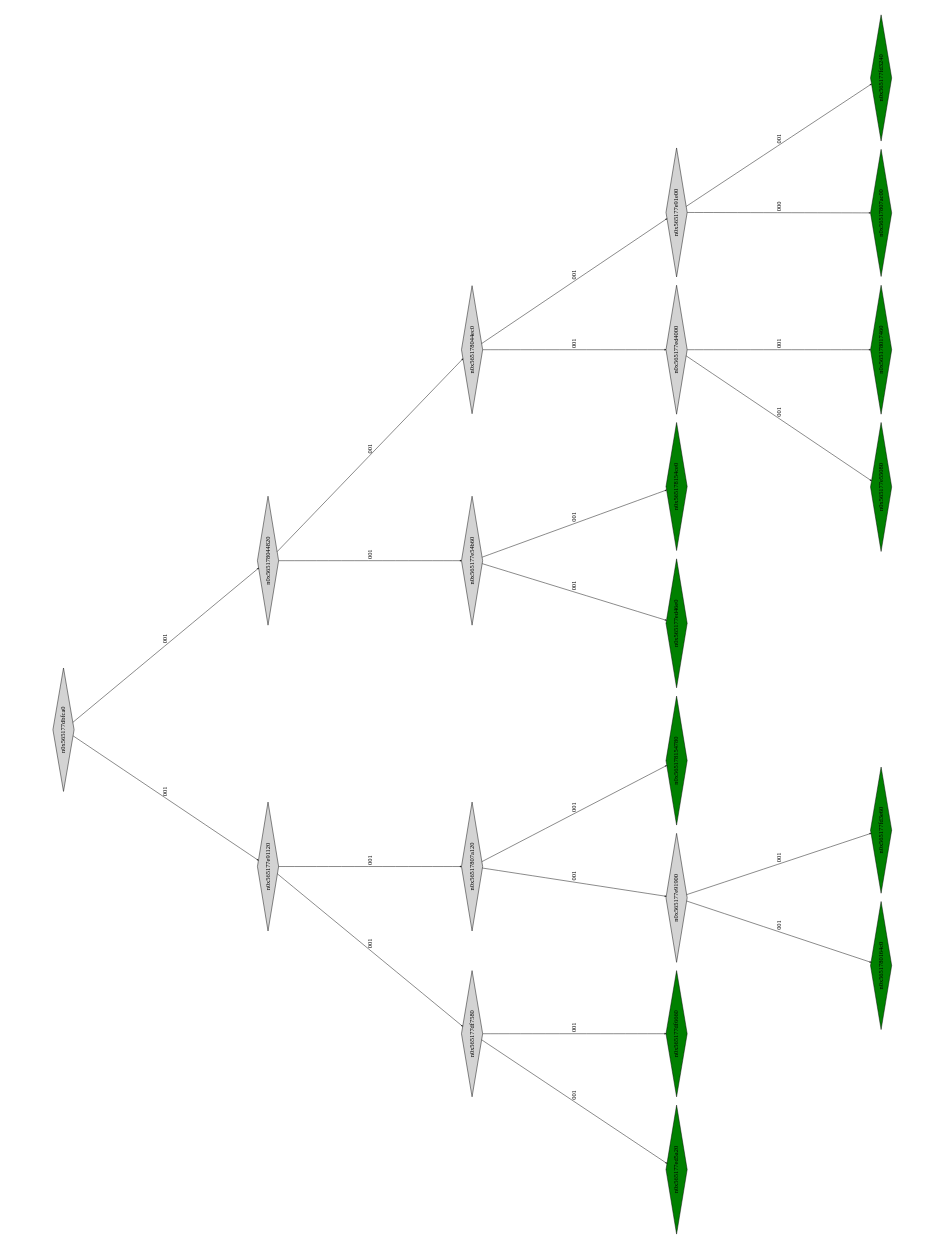
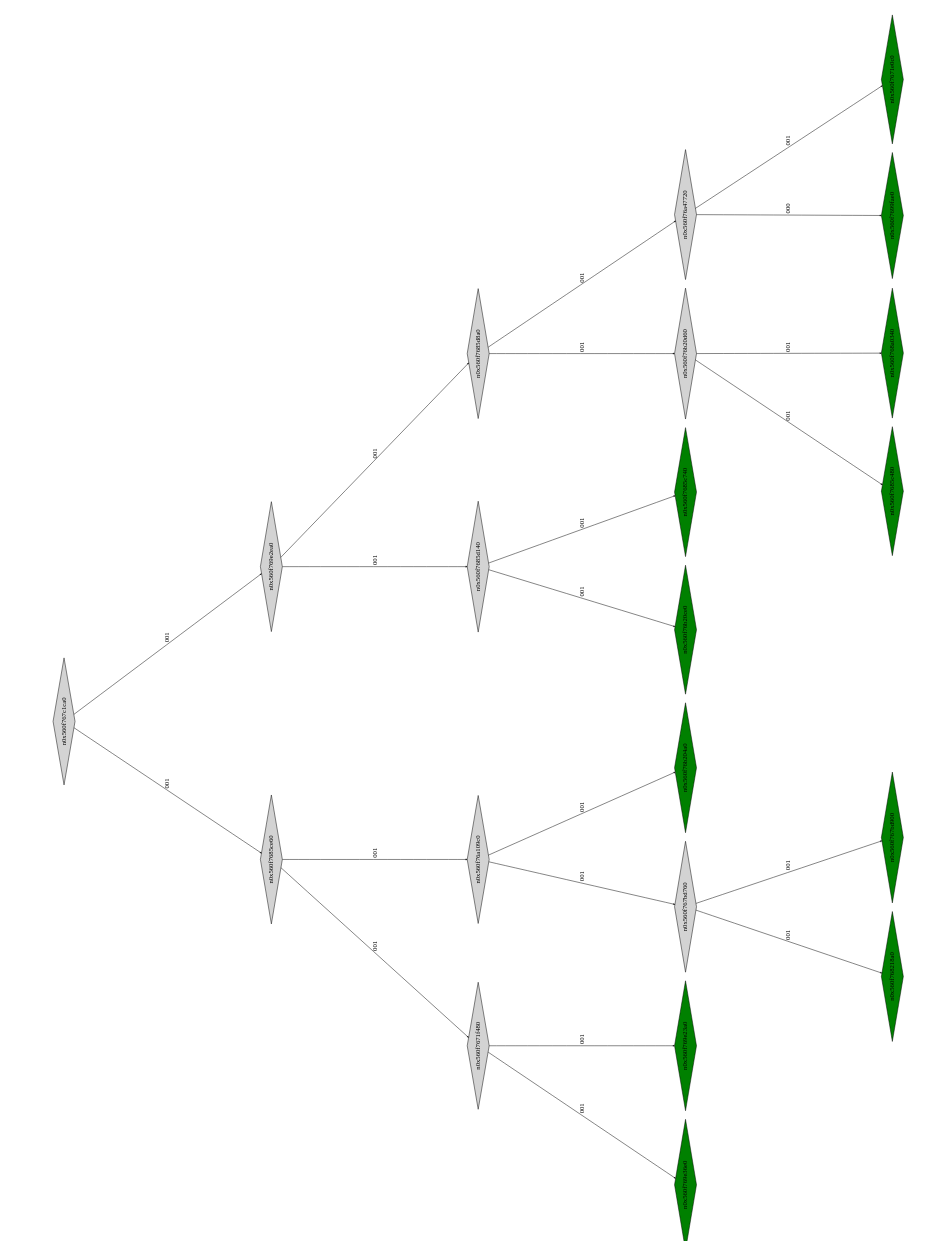
Before and after one commit to Research-Tools-PAVT/PSE-Program-Examples: the diagram in montyhall_klee_out/ptree_00001113.dot, drawn with Graphviz. The commit also changed 36 other files, not shown here.

```diff
--- a/montyhall_klee_out/ptree_00001113.dot
+++ b/montyhall_klee_out/ptree_00001113.dot
@@ -1,49 +1,49 @@
 digraph G {
 	size="10,7.5";
 	ratio=fill;
 	rotate=90;
 	center = "true";
 	node [style="filled",width=.1,height=.1,fontname="Terminus"]
 	edge [arrowsize=.3]
-	n0x565177dbfca0 [shape=diamond];
-	n0x565177dbfca0 -> n0x565177e91120 [label=001];
-	n0x565177dbfca0 -> n0x565178044820 [label=001];
-	n0x565178044820 [shape=diamond];
-	n0x565178044820 -> n0x565177e54b60 [label=001];
-	n0x565178044820 -> n0x565178044ec0 [label=001];
-	n0x565178044ec0 [shape=diamond];
-	n0x565178044ec0 -> n0x565177ed4000 [label=001];
-	n0x565178044ec0 -> n0x565177e91e00 [label=001];
-	n0x565177e91e00 [shape=diamond];
-	n0x565177e91e00 -> n0x56517807ac00 [label=000];
-	n0x565177e91e00 -> n0x565177fd3240 [label=001];
-	n0x565177fd3240 [shape=diamond,fillcolor=green];
-	n0x56517807ac00 [shape=diamond,fillcolor=green];
-	n0x565177ed4000 [shape=diamond];
-	n0x565177ed4000 -> n0x565177e55080 [label=001];
-	n0x565177ed4000 -> n0x565178017460 [label=001];
-	n0x565178017460 [shape=diamond,fillcolor=green];
-	n0x565177e55080 [shape=diamond,fillcolor=green];
-	n0x565177e54b60 [shape=diamond];
-	n0x565177e54b60 -> n0x565177ed46e0 [label=001];
-	n0x565177e54b60 -> n0x565178154ce0 [label=001];
-	n0x565178154ce0 [shape=diamond,fillcolor=green];
-	n0x565177ed46e0 [shape=diamond,fillcolor=green];
-	n0x565177e91120 [shape=diamond];
-	n0x565177e91120 -> n0x565177df7580 [label=001];
-	n0x565177e91120 -> n0x56517807a120 [label=001];
-	n0x56517807a120 [shape=diamond];
-	n0x56517807a120 -> n0x565177e91900 [label=001];
-	n0x56517807a120 -> n0x565178154780 [label=001];
-	n0x565178154780 [shape=diamond,fillcolor=green];
-	n0x565177e91900 [shape=diamond];
-	n0x565177e91900 -> n0x5651780164c0 [label=001];
-	n0x565177e91900 -> n0x565177fd3e60 [label=001];
-	n0x565177fd3e60 [shape=diamond,fillcolor=green];
-	n0x5651780164c0 [shape=diamond,fillcolor=green];
-	n0x565177df7580 [shape=diamond];
-	n0x565177df7580 -> n0x565177ed5a20 [label=001];
-	n0x565177df7580 -> n0x565177df6660 [label=001];
-	n0x565177df6660 [shape=diamond,fillcolor=green];
-	n0x565177ed5a20 [shape=diamond,fillcolor=green];
+	n0x560f767c1ca0 [shape=diamond];
+	n0x560f767c1ca0 -> n0x560f7685ce60 [label=001];
+	n0x560f767c1ca0 -> n0x560f769e2ea0 [label=001];
+	n0x560f769e2ea0 [shape=diamond];
+	n0x560f769e2ea0 -> n0x560f7685d140 [label=001];
+	n0x560f769e2ea0 -> n0x560f7685d8a0 [label=001];
+	n0x560f7685d8a0 [shape=diamond];
+	n0x560f7685d8a0 -> n0x560f76b20d60 [label=001];
+	n0x560f7685d8a0 -> n0x560f76a47720 [label=001];
+	n0x560f76a47720 [shape=diamond];
+	n0x560f76a47720 -> n0x560f7699fae0 [label=000];
+	n0x560f76a47720 -> n0x560f7671e0c0 [label=001];
+	n0x560f7671e0c0 [shape=diamond,fillcolor=green];
+	n0x560f7699fae0 [shape=diamond,fillcolor=green];
+	n0x560f76b20d60 [shape=diamond];
+	n0x560f76b20d60 -> n0x560f7685c480 [label=001];
+	n0x560f76b20d60 -> n0x560f768a0340 [label=001];
+	n0x560f768a0340 [shape=diamond,fillcolor=green];
+	n0x560f7685c480 [shape=diamond,fillcolor=green];
+	n0x560f7685d140 [shape=diamond];
+	n0x560f7685d140 -> n0x560f76b20ce0 [label=001];
+	n0x560f7685d140 -> n0x560f7685c740 [label=001];
+	n0x560f7685c740 [shape=diamond,fillcolor=green];
+	n0x560f76b20ce0 [shape=diamond,fillcolor=green];
+	n0x560f7685ce60 [shape=diamond];
+	n0x560f7685ce60 -> n0x560f7671f480 [label=001];
+	n0x560f7685ce60 -> n0x560f76a109c0 [label=001];
+	n0x560f76a109c0 [shape=diamond];
+	n0x560f76a109c0 -> n0x560f767bd760 [label=001];
+	n0x560f76a109c0 -> n0x560f76b204a0 [label=001];
+	n0x560f76b204a0 [shape=diamond,fillcolor=green];
+	n0x560f767bd760 [shape=diamond];
+	n0x560f767bd760 -> n0x560f768218a0 [label=001];
+	n0x560f767bd760 -> n0x560f767bd900 [label=001];
+	n0x560f767bd900 [shape=diamond,fillcolor=green];
+	n0x560f768218a0 [shape=diamond,fillcolor=green];
+	n0x560f7671f480 [shape=diamond];
+	n0x560f7671f480 -> n0x560f769e36e0 [label=001];
+	n0x560f7671f480 -> n0x560f769e23a0 [label=001];
+	n0x560f769e23a0 [shape=diamond,fillcolor=green];
+	n0x560f769e36e0 [shape=diamond,fillcolor=green];
 }
```
